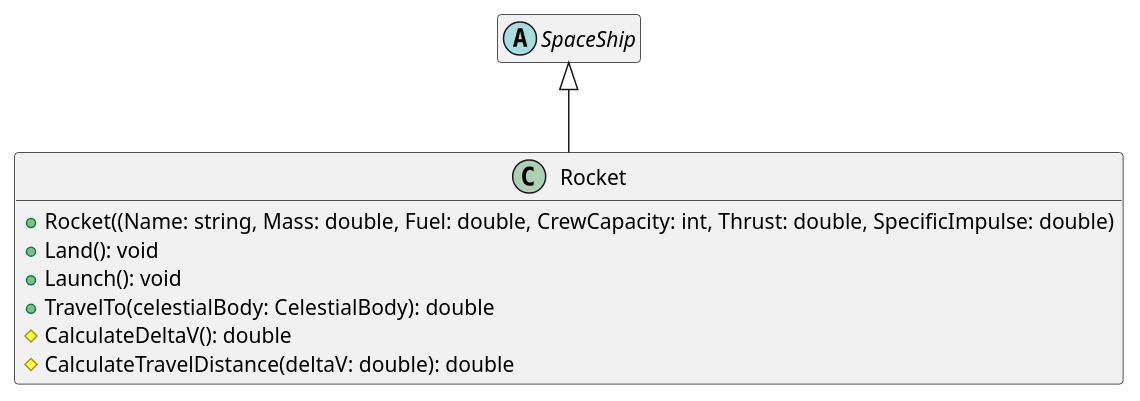
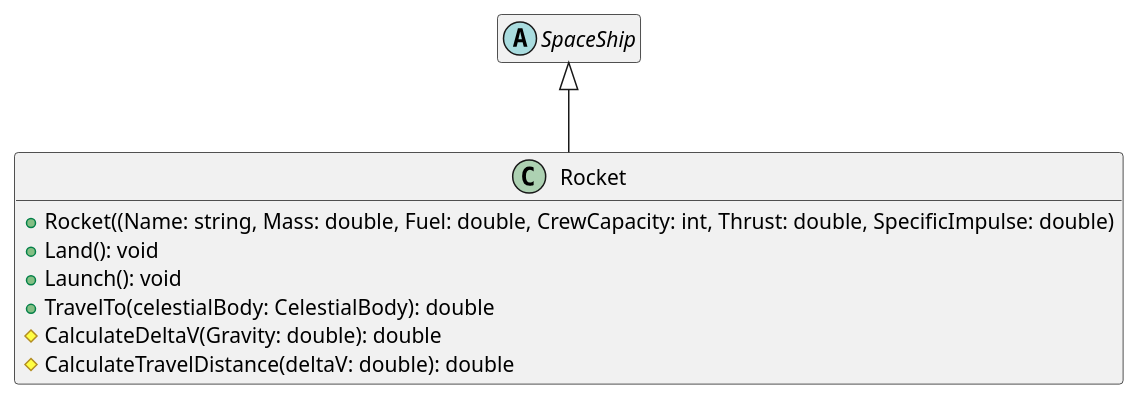
Before and after one commit to zcomert/MYAZ203205-Nesne-Yonelimli-Programlama: the diagram in Practice/diagrams/Rocket.wsd, drawn with PlantUML. The commit also changed 3 other files, not shown here.

```diff
--- a/Practice/diagrams/Rocket.wsd
+++ b/Practice/diagrams/Rocket.wsd
@@ -1,16 +1,16 @@
 @startuml RocketClass
 abstract class SpaceShip {}
 
 class Rocket {
     + Rocket((Name: string, Mass: double, Fuel: double, CrewCapacity: int, Thrust: double, SpecificImpulse: double)
     + Land(): void
     + Launch(): void
     + TravelTo(celestialBody: CelestialBody): double
-    # CalculateDeltaV(): double
+    # CalculateDeltaV(Gravity: double): double
     # CalculateTravelDistance(deltaV: double): double
 }
 
 Rocket -up-|> SpaceShip
 hide empty fields
 hide empty methods
 @enduml
```
